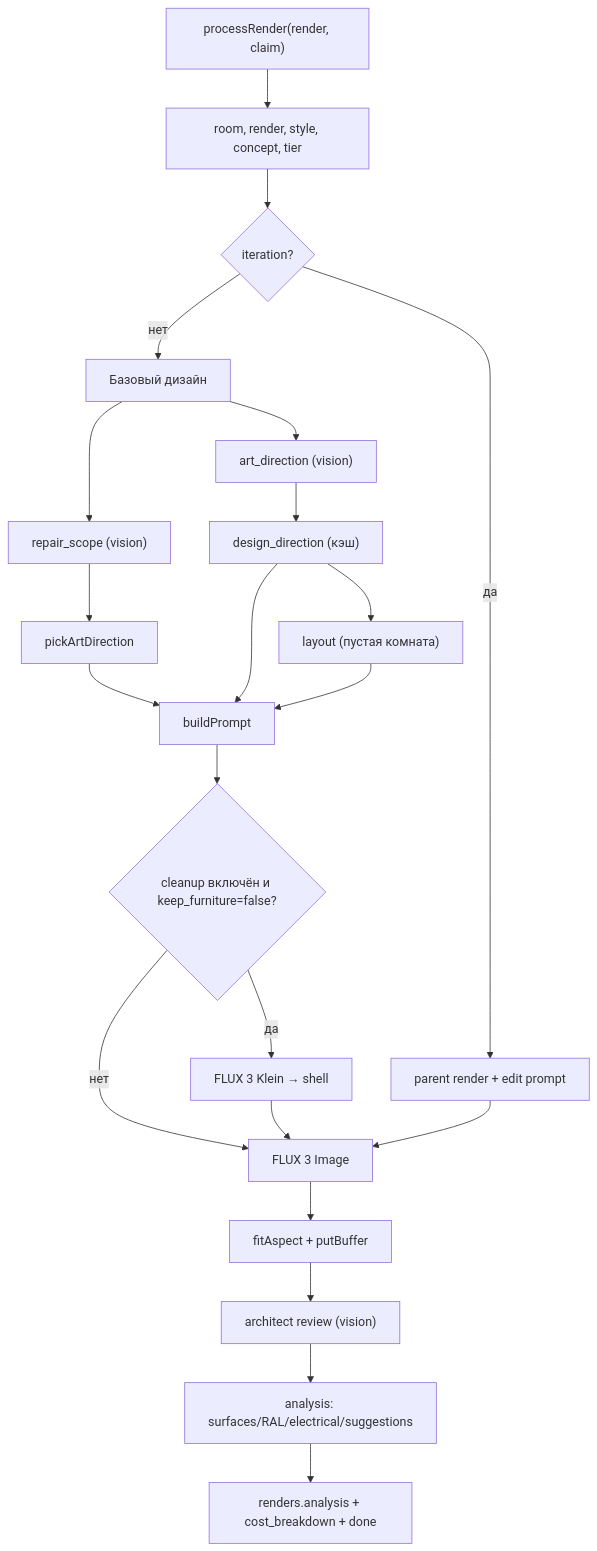
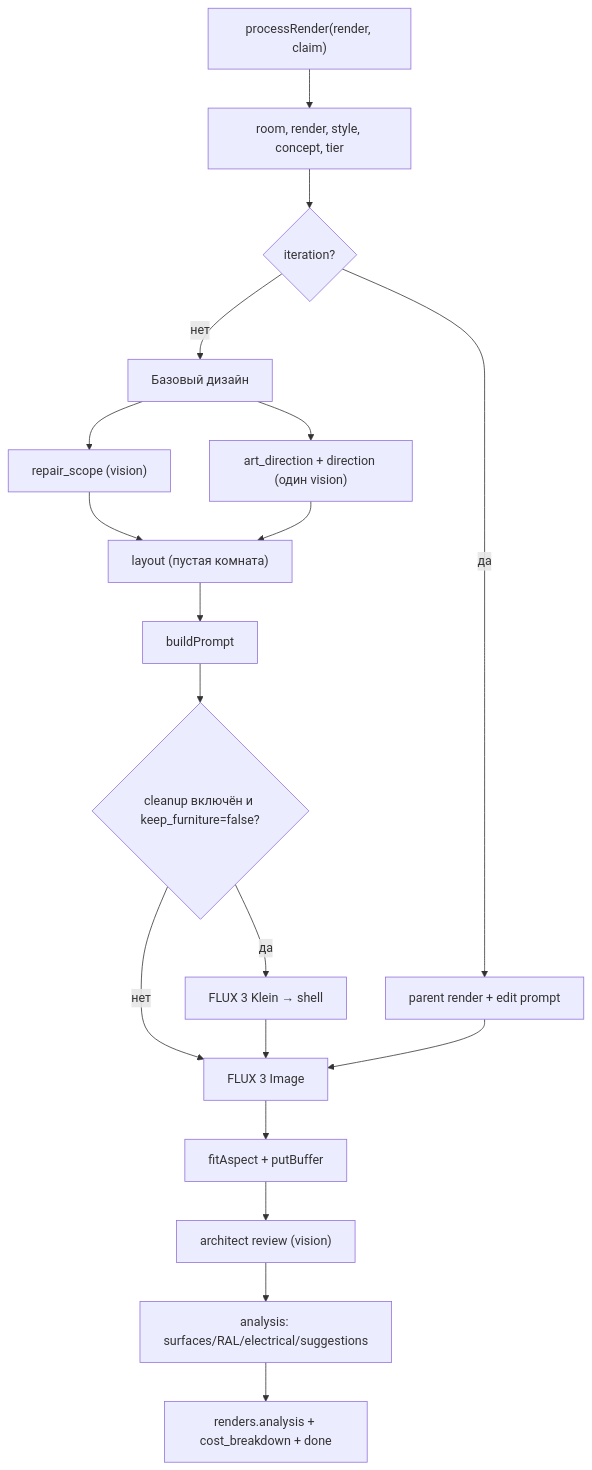
Before and after one commit to oblacko/remontvision: the second of 2 diagrams in docs/GENERATION-FLOW.md, drawn with Mermaid. The commit also changed other lines of this file and 17 other files, not shown here.

Commit message:
feat(agents): один vision-вызов арт-директора отдаёт факты и замысел; designeragent удалён

````diff
--- a/docs/GENERATION-FLOW.md
+++ b/docs/GENERATION-FLOW.md
@@ -21,24 +21,21 @@
 ```mermaid
 flowchart TD
   START["processRender(render, claim)"] --> LOAD["room, render, style, concept, tier"]
   LOAD --> MODE{"iteration?"}
   MODE -->|"да"| EDIT["parent render + edit prompt"]
   MODE -->|"нет"| BASE["Базовый дизайн"]
   BASE --> RS["repair_scope (vision)"]
-  BASE --> AD["art_direction (vision)"]
-  RS --> PICK["pickArtDirection"]
-  AD --> DIR["design_direction (кэш)"]
-  DIR --> LAY["layout (пустая комната)"]
-  PICK --> PROMPT["buildPrompt"]
-  DIR --> PROMPT
-  LAY --> PROMPT
+  BASE --> AD["art_direction + direction (один vision)"]
+  RS --> LAY["layout (пустая комната)"]
+  AD --> LAY
+  LAY --> PROMPT["buildPrompt"]
   PROMPT --> CLEAN{"cleanup включён и keep_furniture=false?"}
   CLEAN -->|"да"| SHELL["FLUX 3 Klein → shell"]
   CLEAN -->|"нет"| DESIGN["FLUX 3 Image"]
   SHELL --> DESIGN
   DESIGN --> STORE["fitAspect + putBuffer"]
   STORE --> REVIEW["architect review (vision)"]
   REVIEW --> ANALYZE["analysis: surfaces/RAL/electrical/suggestions"]
   ANALYZE --> SAVE["renders.analysis + cost_breakdown + done"]
   EDIT --> DESIGN
 ```
````
